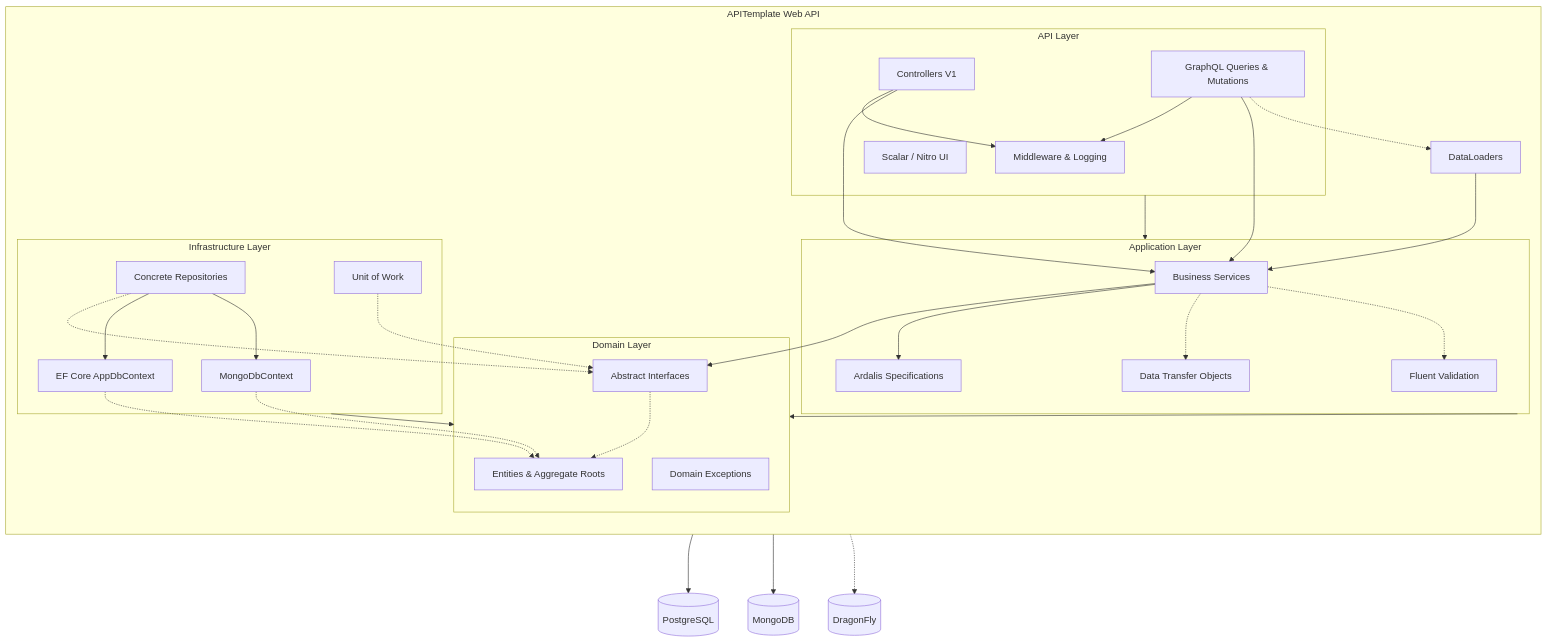
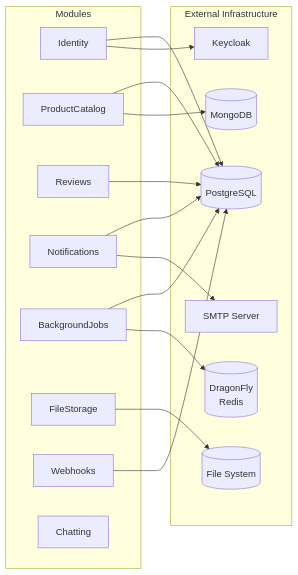
The second of 9 diagrams in README.md (zribktad/API-Template-Modules), drawn with Mermaid before and after one commit. The commit also changed other lines of this file and 14 other files, not shown here.

````diff
--- a/README.md
+++ b/README.md
@@ -92,65 +91,34 @@
 ```mermaid
-graph TD
-    subgraph APITemplate [APITemplate Web API]
-        direction TB
-
-        subgraph PresentationLayer [API Layer]
-            REST[Controllers V1]
-            GQL[GraphQL Queries & Mutations]
-            UI[Scalar / Nitro UI]
-            MID[Middleware & Logging]
-        end
-
-        subgraph ApplicationLayer [Application Layer]
-            Services[Business Services]
-            DTO[Data Transfer Objects]
-            Validators[Fluent Validation]
-            Spec[Ardalis Specifications]
-        end
-
-        subgraph DomainLayer [Domain Layer]
-            Entities[Entities & Aggregate Roots]
-            Ex[Domain Exceptions]
-            Irepo[Abstract Interfaces]
-        end
-
-        subgraph InfrastructureLayer [Infrastructure Layer]
-            Repo[Concrete Repositories]
-            UoW[Unit of Work]
-            EF[EF Core AppDbContext]
-            Mongo[MongoDbContext]
-        end
-
-        %% Linkages representing Dependencies
-        REST --> MID
-        GQL --> MID
-        REST --> Services
-        GQL --> Services
-        GQL -.-> DataLoaders[DataLoaders]
-        DataLoaders --> Services
-
-        Services --> Irepo
-        Services --> Spec
-        Services -.-> DTO
-        Services -.-> Validators
-
-        Repo -.-> Irepo
-        Repo --> EF
-        Repo --> Mongo
-        UoW -.-> Irepo
-        Irepo -.-> Entities
-        EF -.-> Entities
-        Mongo -.-> Entities
-
-        PresentationLayer --> ApplicationLayer
-        ApplicationLayer --> DomainLayer
-        InfrastructureLayer --> DomainLayer
+graph LR
+    subgraph Modules
+        MOD_ID[Identity]
+        MOD_PC[ProductCatalog]
+        MOD_RV[Reviews]
+        MOD_NF[Notifications]
+        MOD_BJ[BackgroundJobs]
+        MOD_FS[FileStorage]
+        MOD_WH[Webhooks]
+        MOD_CH[Chatting]
     end
 
-    DB[(PostgreSQL)]
-    MDB[(MongoDB)]
-    DF[(DragonFly)]
-    EF ---> DB
-    Mongo ---> MDB
-    REST -..-> DF
+    subgraph Infra [External Infrastructure]
+        PG[(PostgreSQL)]
+        MDB[(MongoDB)]
+        DF[(DragonFly\nRedis)]
+        KC[Keycloak]
+        SMTP[SMTP Server]
+        FS[(File System)]
+    end
+
+    MOD_ID --> PG
+    MOD_ID --> KC
+    MOD_PC --> PG
+    MOD_PC --> MDB
+    MOD_RV --> PG
+    MOD_NF --> PG
+    MOD_NF --> SMTP
+    MOD_BJ --> PG
+    MOD_BJ --> DF
+    MOD_FS --> FS
+    MOD_WH --> PG
 ```
````
